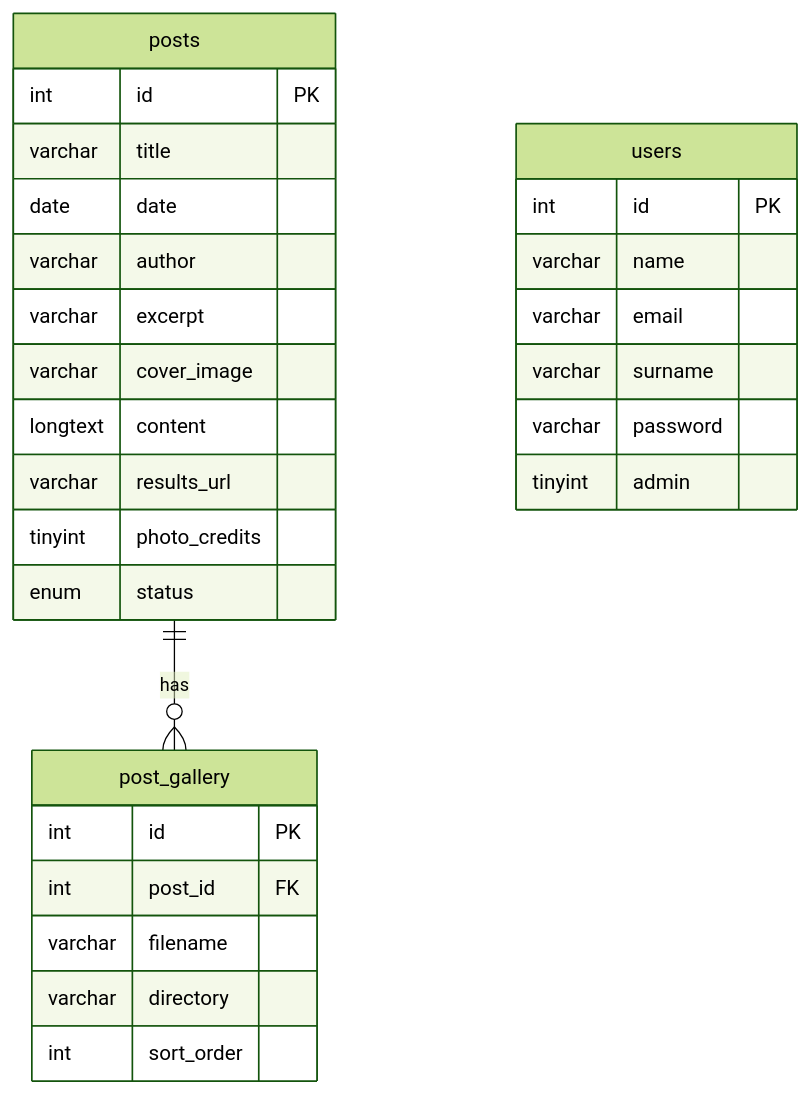
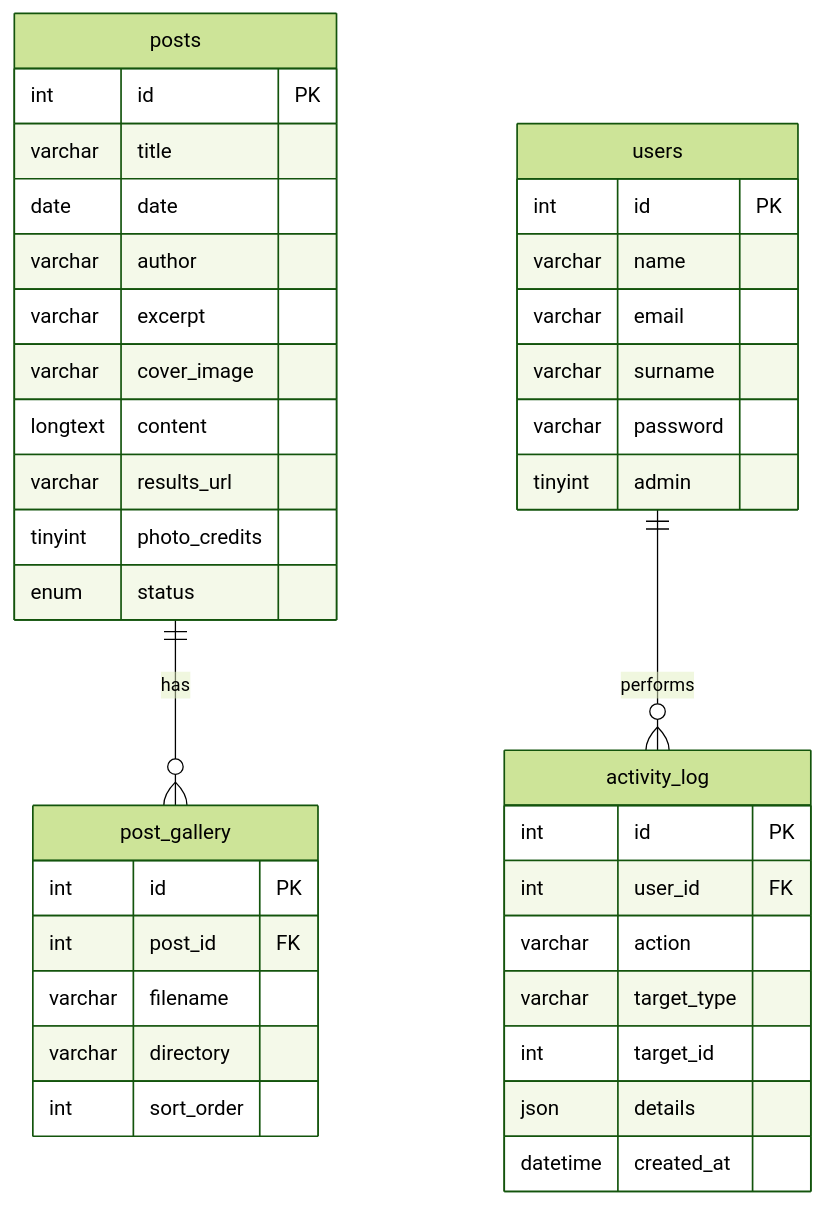
The diagram in db/README.md (AlexSzczygielski/argo_website), drawn with Mermaid (forest theme) before and after one commit. The commit also changed other lines of this file and 19 other files, not shown here.

````diff
--- a/db/README.md
+++ b/db/README.md
@@ -22,34 +22,45 @@
 ```mermaid
 erDiagram
     posts {
         int id PK
         varchar title
         date date
         varchar author
         varchar excerpt
         varchar cover_image
         longtext content
         varchar results_url
         tinyint photo_credits
         enum status
     }
 
     post_gallery {
         int id PK
         int post_id FK
         varchar filename
         varchar directory
         int sort_order
     }
 
     users {
         int id PK
         varchar name
         varchar email
         varchar surname
         varchar password
         tinyint admin
     }
 
+    activity_log {
+        int id PK
+        int user_id FK
+        varchar action
+        varchar target_type
+        int target_id
+        json details
+        datetime created_at
+    }
+
     posts ||--o{ post_gallery : "has"
+    users ||--o{ activity_log : "performs"
 ```
````
